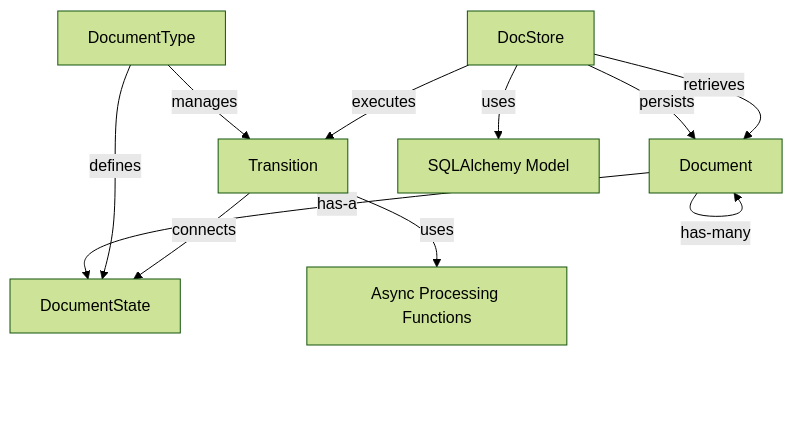
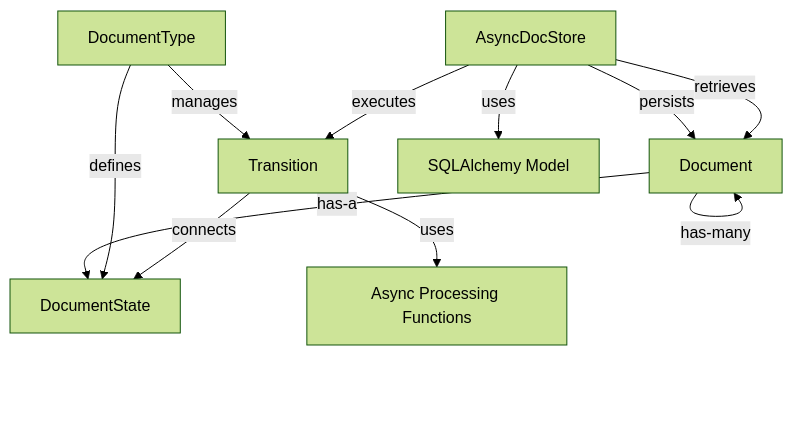
Before and after one commit to tvaroska/docstate: the diagram in memory-bank/systemPatterns.md, drawn with Mermaid (forest theme). The commit also changed other lines of this file and 24 other files, not shown here.

````diff
--- a/memory-bank/systemPatterns.md
+++ b/memory-bank/systemPatterns.md
@@ -6,14 +6,14 @@
 ```mermaid
 flowchart TD
     Document[Document] -- "has-a" --> DocumentState
     DocumentType -- "defines" --> DocumentState
     DocumentType -- "manages" --> Transition
     Transition -- "connects" --> DocumentState
     Transition -- "uses" --> ProcessingFunction["Async Processing Functions"]
-    DocStore -- "persists" --> Document
-    DocStore -- "retrieves" --> Document
+    AsyncDocStore -- "persists" --> Document
+    AsyncDocStore -- "retrieves" --> Document
     Document -- "has-many" --> Document
     
-    DocStore -- "executes" --> Transition
-    DocStore -- "uses" --> DocumentModel["SQLAlchemy Model"]
+    AsyncDocStore -- "executes" --> Transition
+    AsyncDocStore -- "uses" --> DocumentModel["SQLAlchemy Model"]
 ```
````
